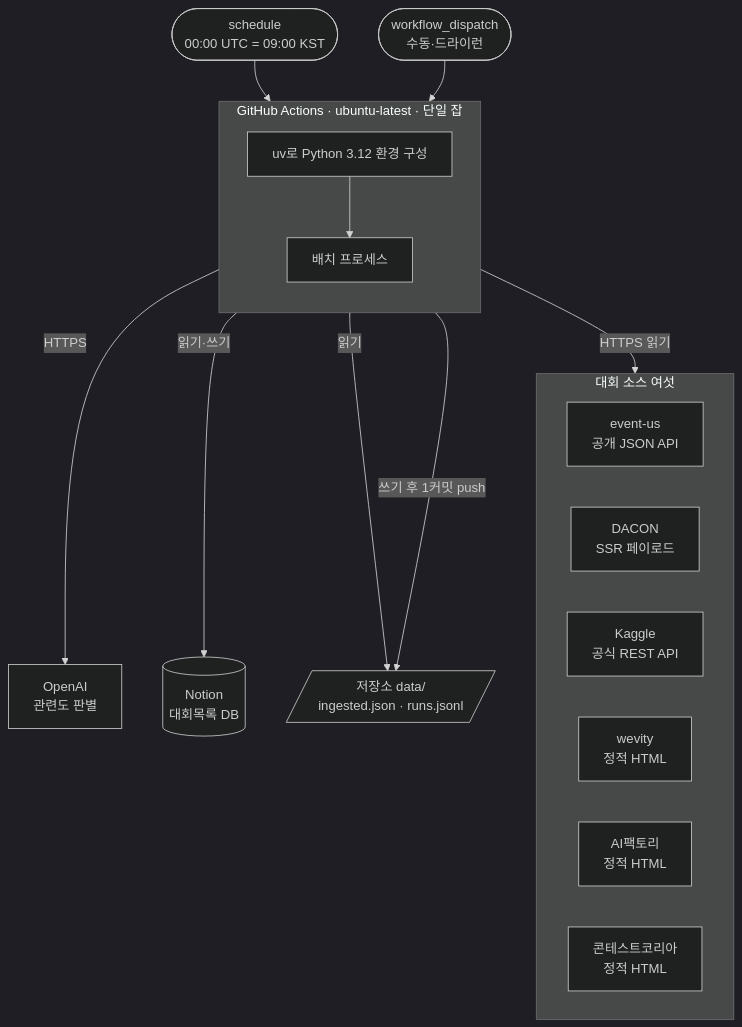
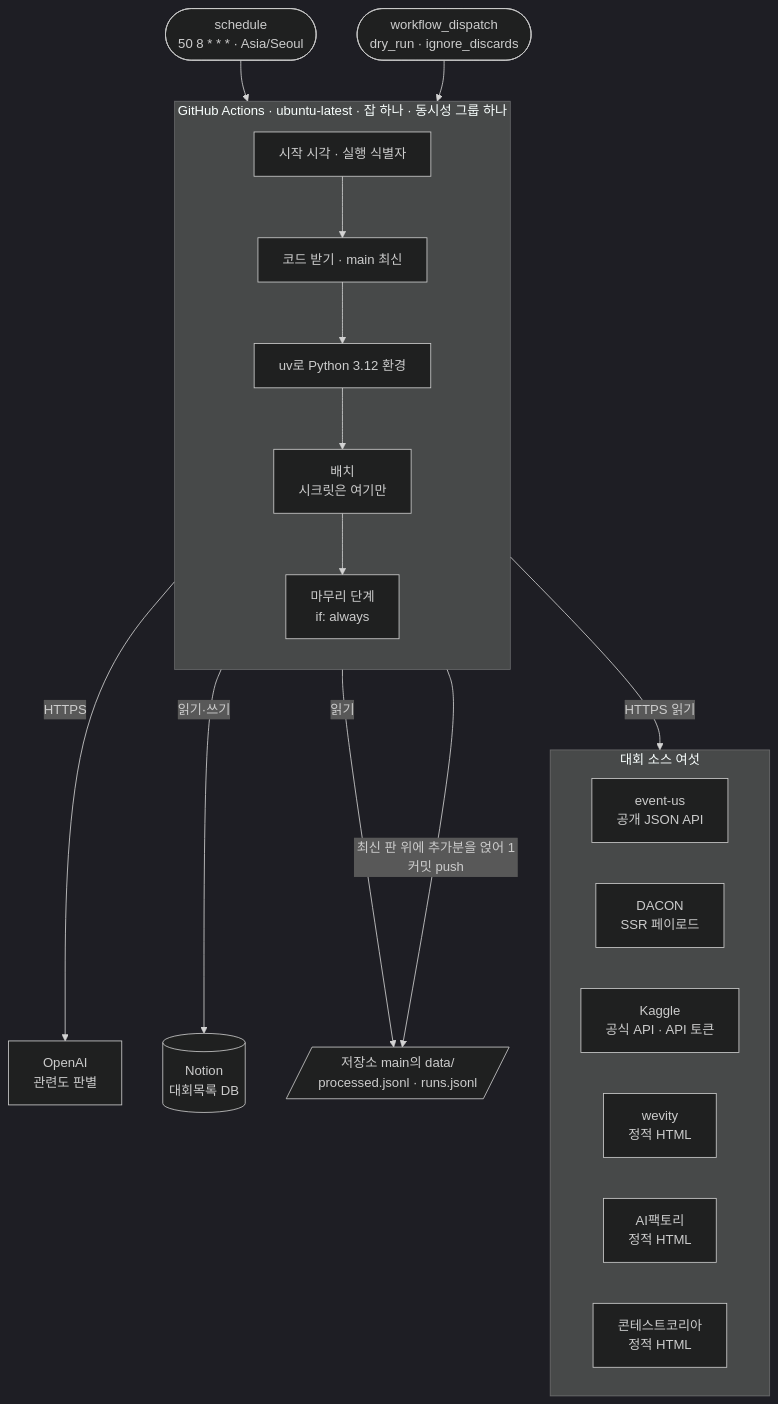
One commit to HoyoungParkme/competition-crawler changed the diagram in docs/specs/05-INFRA/CCR-INFRA-001.md. Above: the diagram before and after it, drawn with Mermaid (dark theme). The commit also changed other lines of this file, not shown here.

First line of the commit message:
인프라 v2: 08:50 KST 예약, 마무리 단계, 기본 브랜치에서만 쓰기, 재시도·시간 한도 규칙

````diff
--- a/docs/specs/05-INFRA/CCR-INFRA-001.md
+++ b/docs/specs/05-INFRA/CCR-INFRA-001.md
@@ -83,33 +103,36 @@
 ```mermaid
 flowchart TB
-    schedule([schedule<br/>00:00 UTC = 09:00 KST])
-    manual([workflow_dispatch<br/>수동·드라이런])
+    schedule([schedule<br/>50 8 * * * · Asia/Seoul])
+    manual([workflow_dispatch<br/>dry_run · ignore_discards])
 
-    subgraph runner["GitHub Actions · ubuntu-latest · 단일 잡"]
+    subgraph runner["GitHub Actions · ubuntu-latest · 잡 하나 · 동시성 그룹 하나"]
         direction TB
-        setup[uv로 Python 3.12 환경 구성]
-        batch[배치 프로세스]
-        setup --> batch
+        s1[시작 시각 · 실행 식별자]
+        s2[코드 받기 · main 최신]
+        s3[uv로 Python 3.12 환경]
+        s4[배치<br/>시크릿은 여기만]
+        s5[마무리 단계<br/>if: always]
+        s1 --> s2 --> s3 --> s4 --> s5
     end
 
     subgraph sources["대회 소스 여섯"]
         eus[event-us<br/>공개 JSON API]
         dacon[DACON<br/>SSR 페이로드]
-        kaggle[Kaggle<br/>공식 REST API]
+        kaggle[Kaggle<br/>공식 API · API 토큰]
         wevity[wevity<br/>정적 HTML]
         aif[AI팩토리<br/>정적 HTML]
         ck[콘테스트코리아<br/>정적 HTML]
     end
 
     openai[OpenAI<br/>관련도 판별]
     notion[(Notion<br/>대회목록 DB)]
-    state[/저장소 data/<br/>ingested.json · runs.jsonl/]
+    state[/저장소 main의 data/<br/>processed.jsonl · runs.jsonl/]
 
     schedule --> runner
     manual --> runner
-    batch -->|HTTPS 읽기| sources
-    batch -->|HTTPS| openai
-    batch -->|읽기·쓰기| notion
-    batch -->|읽기| state
-    batch -->|쓰기 후 1커밋 push| state
+    s4 -->|HTTPS 읽기| sources
+    s4 -->|HTTPS| openai
+    s4 -->|읽기·쓰기| notion
+    s2 -->|읽기| state
+    s5 -->|최신 판 위에 추가분을 얹어 1커밋 push| state
 ```
````
